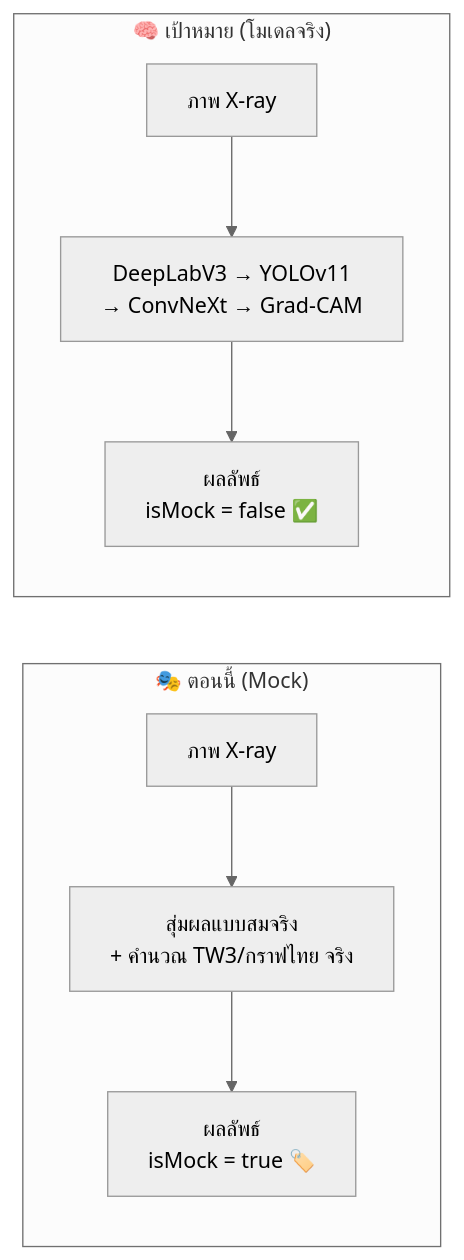
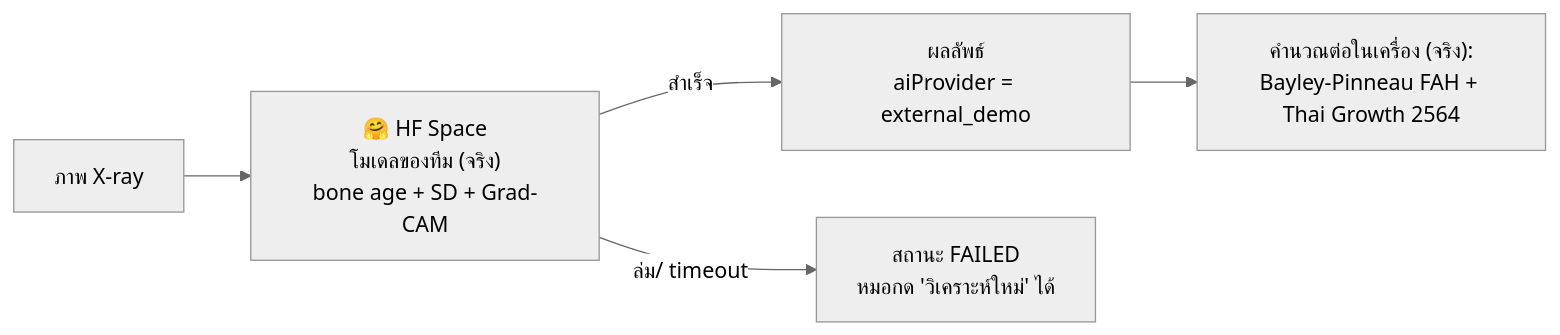
One commit to N3ptz/totan-nsc2026 changed the tenth of 13 diagrams in PROJECT_OVERVIEW.md. Above: the diagram before and after it, drawn with Mermaid (neutral theme). The commit also changed other lines of this file, not shown here.

First line of the commit message:
docs: update PROJECT_OVERVIEW — review flow, real AI (no mock), production live

````diff
--- a/PROJECT_OVERVIEW.md
+++ b/PROJECT_OVERVIEW.md
@@ -372,9 +388,7 @@
 ```mermaid
 graph LR
-  subgraph NOW["🎭 ตอนนี้ (Mock)"]
-    I1["ภาพ X-ray"] --> M["สุ่มผลแบบสมจริง<br/>+ คำนวณ TW3/กราฟไทย จริง"] --> O1["ผลลัพธ์<br/>isMock = true 🏷️"]
-  end
-  subgraph SOON["🧠 เป้าหมาย (โมเดลจริง)"]
-    I2["ภาพ X-ray"] --> R["DeepLabV3 → YOLOv11<br/>→ ConvNeXt → Grad-CAM"] --> O2["ผลลัพธ์<br/>isMock = false ✅"]
-  end
+  I["ภาพ X-ray"] --> HF["🤗 HF Space<br/>โมเดลของทีม (จริง)<br/>bone age + SD + Grad-CAM"]
+  HF -->|"สำเร็จ"| O["ผลลัพธ์<br/>aiProvider = external_demo"]
+  HF -->|"ล่ม/ timeout"| F["สถานะ FAILED<br/>หมอกด 'วิเคราะห์ใหม่' ได้"]
+  O --> C["คำนวณต่อในเครื่อง (จริง):<br/>Bayley-Pinneau FAH + Thai Growth 2564"]
 ```
````
